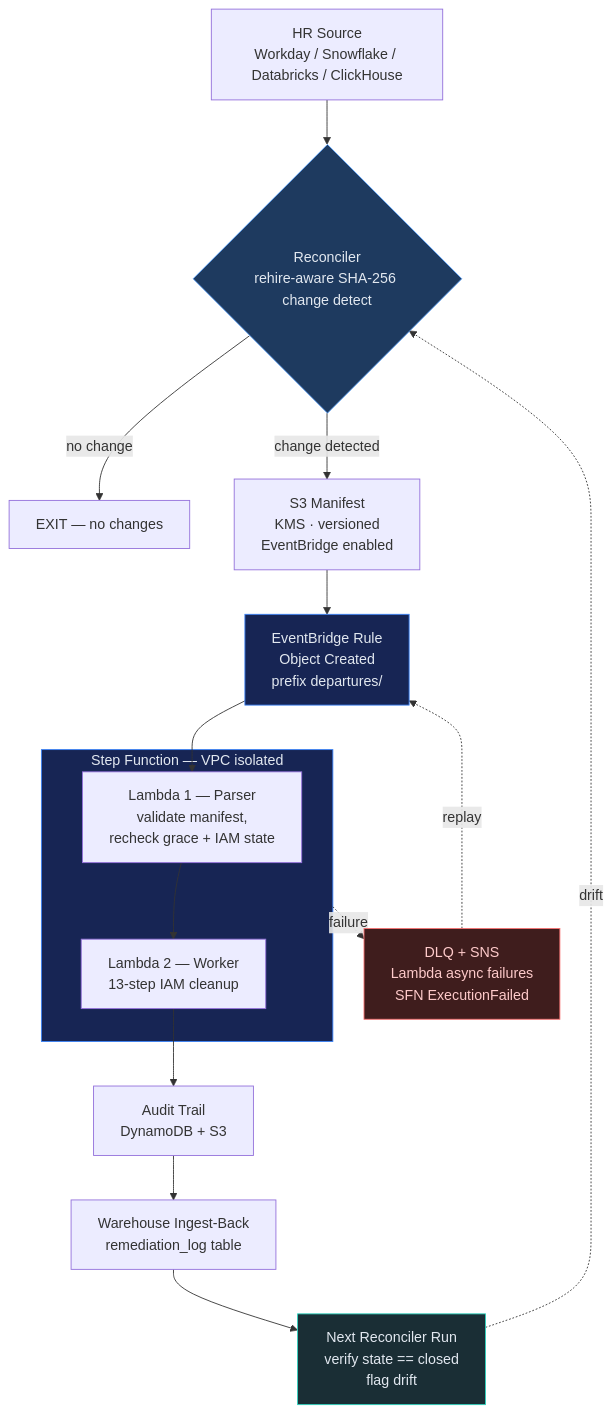
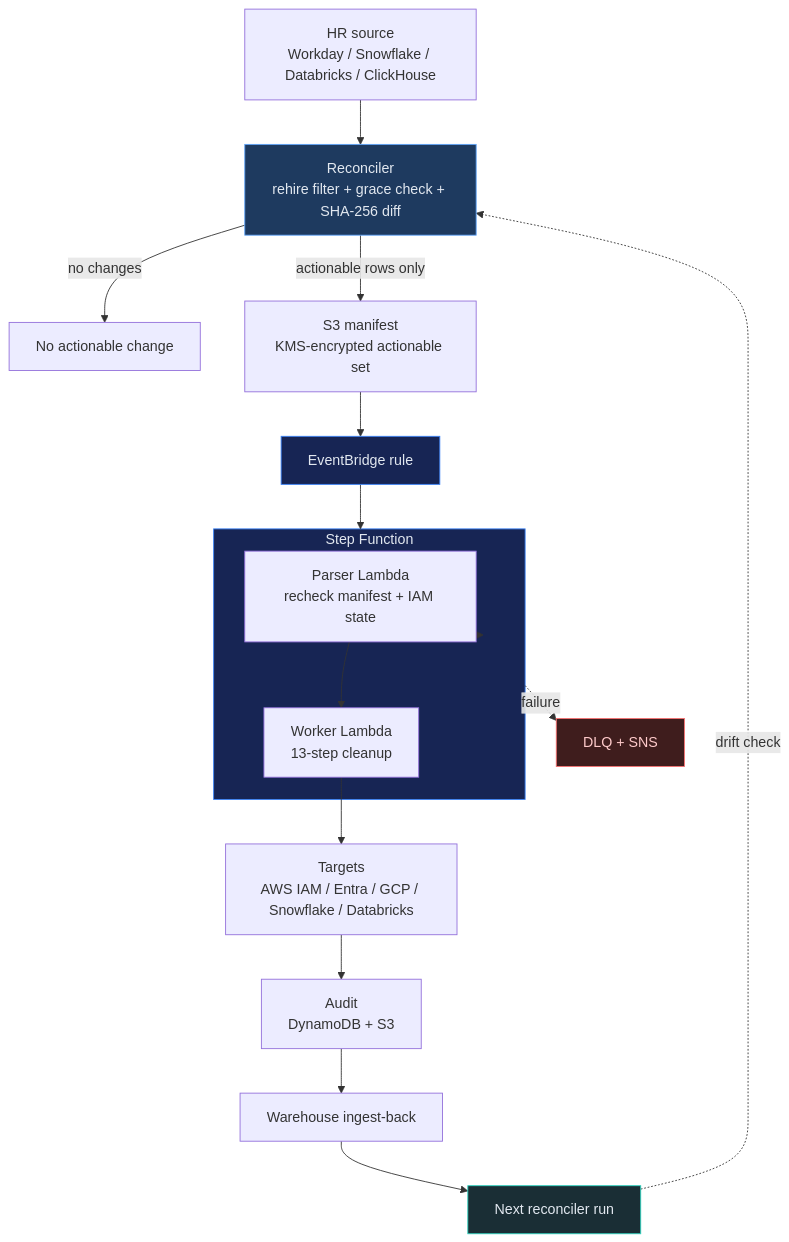
One commit to msaad00/cloud-ai-security-skills changed the diagram in skills/remediation/iam-departures-remediation/SKILL.md. Above: the diagram before and after it, drawn with Mermaid. The commit also changed 3 other files, not shown here.

````diff
--- a/skills/remediation/iam-departures-remediation/SKILL.md
+++ b/skills/remediation/iam-departures-remediation/SKILL.md
@@ -70,37 +70,39 @@
 ```mermaid
 flowchart TD
-    HR["HR Source<br/>Workday / Snowflake / Databricks / ClickHouse"]
-    REC{"Reconciler<br/>rehire-aware SHA-256 change detect"}
-    EXIT["EXIT — no changes"]
-    S3["S3 Manifest<br/>KMS · versioned<br/>EventBridge enabled"]
-    EB["EventBridge Rule<br/>Object Created<br/>prefix departures/"]
+    HR["HR source<br/>Workday / Snowflake / Databricks / ClickHouse"]
+    REC["Reconciler<br/>rehire filter + grace check + SHA-256 diff"]
+    EXIT["No actionable change"]
+    S3["S3 manifest<br/>KMS-encrypted actionable set"]
+    EB["EventBridge rule"]
 
-    subgraph SFN["Step Function — VPC isolated"]
-        L1["Lambda 1 — Parser<br/>validate manifest,<br/>recheck grace + IAM state"]
-        L2["Lambda 2 — Worker<br/>13-step IAM cleanup"]
+    subgraph SFN["Step Function"]
+        L1["Parser Lambda<br/>recheck manifest + IAM state"]
+        L2["Worker Lambda<br/>13-step cleanup"]
     end
 
-    AUDIT["Audit Trail<br/>DynamoDB + S3"]
-    WH["Warehouse Ingest-Back<br/>remediation_log table"]
-    VERIFY["Next Reconciler Run<br/>verify state == closed<br/>flag drift"]
-    DLQ["DLQ + SNS<br/>Lambda async failures<br/>SFN ExecutionFailed"]
+    TGT["Targets<br/>AWS IAM / Entra / GCP / Snowflake / Databricks"]
+    AUDIT["Audit<br/>DynamoDB + S3"]
+    WH["Warehouse ingest-back"]
+    VERIFY["Next reconciler run"]
+    FAIL["DLQ + SNS"]
 
     HR --> REC
-    REC -->|no change| EXIT
-    REC -->|change detected| S3
+    REC -->|no changes| EXIT
+    REC -->|actionable rows only| S3
     S3 --> EB
-    EB --> L1
+    EB --> SFN
+    SFN --> L1
     L1 --> L2
-    L2 --> AUDIT
+    L2 --> TGT
+    TGT --> AUDIT
     AUDIT --> WH
     WH --> VERIFY
-    VERIFY -. drift .-> REC
-    SFN -. failure .-> DLQ
-    DLQ -. replay .-> EB
+    VERIFY -. drift check .-> REC
+    SFN -. failure .-> FAIL
 
     style SFN fill:#172554,stroke:#3b82f6,color:#e2e8f0
     style REC fill:#1e3a5f,stroke:#60a5fa,color:#e2e8f0
     style EB fill:#172554,stroke:#3b82f6,color:#e2e8f0
     style VERIFY fill:#1a2e35,stroke:#2dd4bf,color:#e2e8f0
-    style DLQ fill:#3f1d1d,stroke:#f87171,color:#fecaca
+    style FAIL fill:#3f1d1d,stroke:#f87171,color:#fecaca
 ```
````
